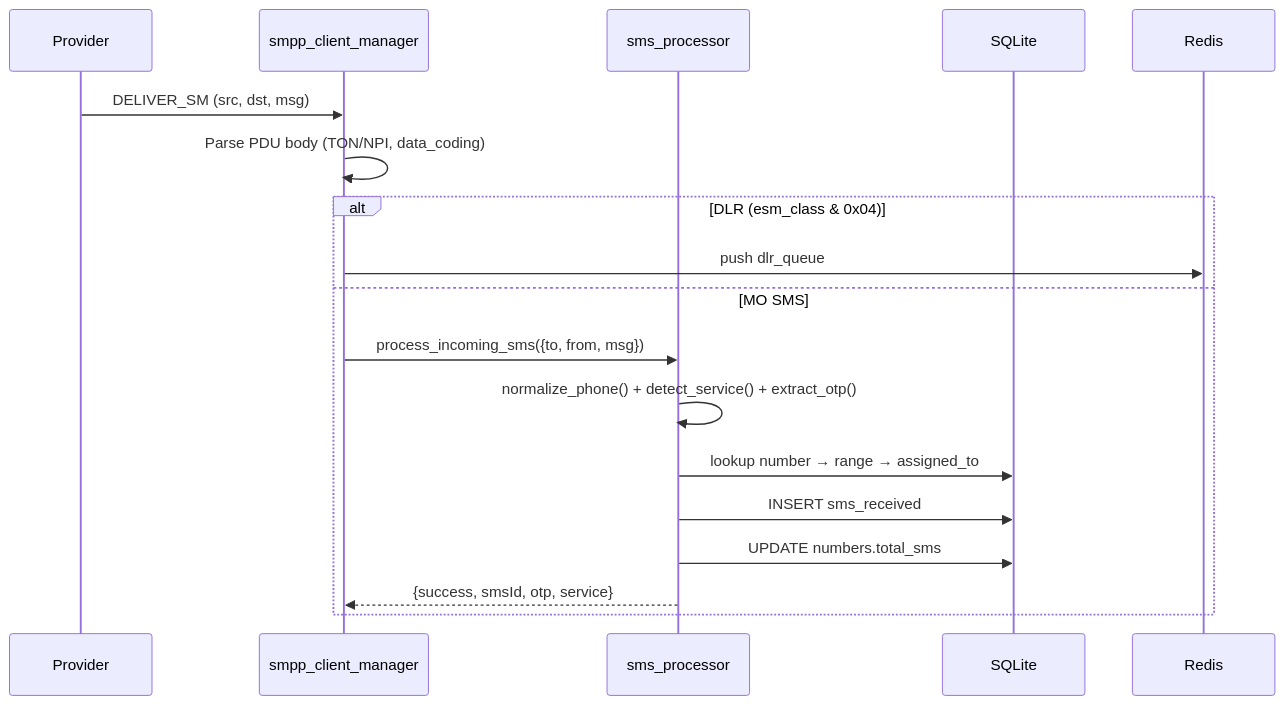
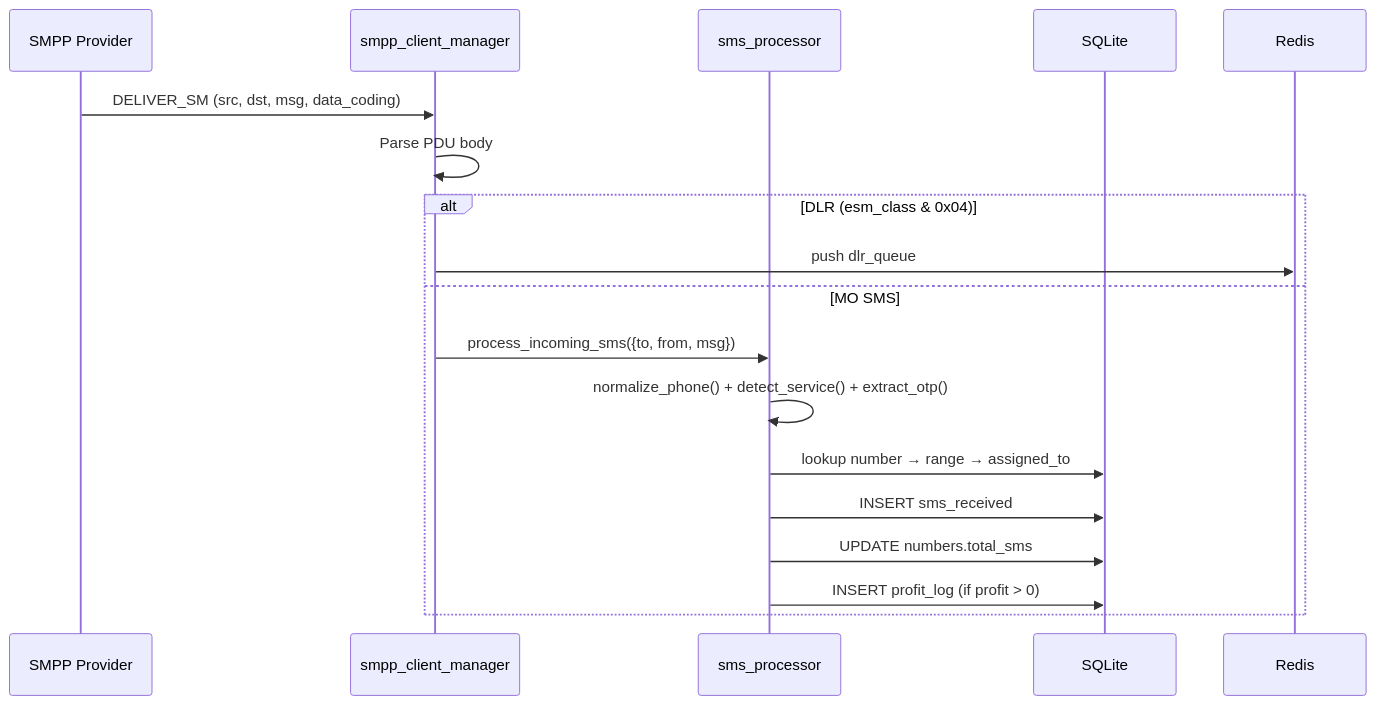
Before and after one commit to Adnan5740/sigmapanel-ci: the second of 4 diagrams in README.md, drawn with Mermaid. The commit also changed other lines of this file and 2 other files, not shown here.

````diff
--- a/README.md
+++ b/README.md
@@ -47,20 +47,20 @@
 ```mermaid
 sequenceDiagram
-    participant P as Provider
+    participant P as SMPP Provider
     participant CM as smpp_client_manager
     participant SP as sms_processor
     participant DB as SQLite
 
-    P->>CM: DELIVER_SM (src, dst, msg)
-    CM->>CM: Parse PDU body (TON/NPI, data_coding)
+    P->>CM: DELIVER_SM (src, dst, msg, data_coding)
+    CM->>CM: Parse PDU body
     alt DLR (esm_class & 0x04)
         CM->>Redis: push dlr_queue
     else MO SMS
         CM->>SP: process_incoming_sms({to, from, msg})
         SP->>SP: normalize_phone() + detect_service() + extract_otp()
         SP->>DB: lookup number → range → assigned_to
         SP->>DB: INSERT sms_received
         SP->>DB: UPDATE numbers.total_sms
-        SP-->>CM: {success, smsId, otp, service}
+        SP->>DB: INSERT profit_log (if profit > 0)
     end
 ```
````
